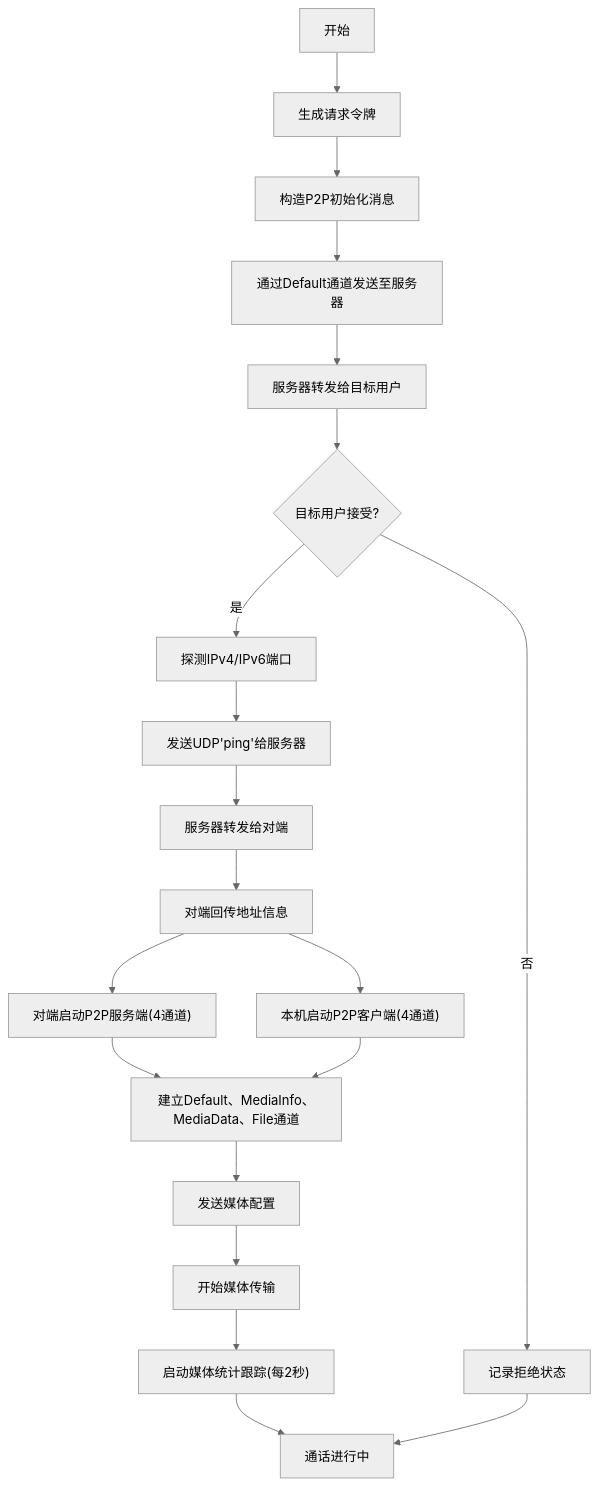
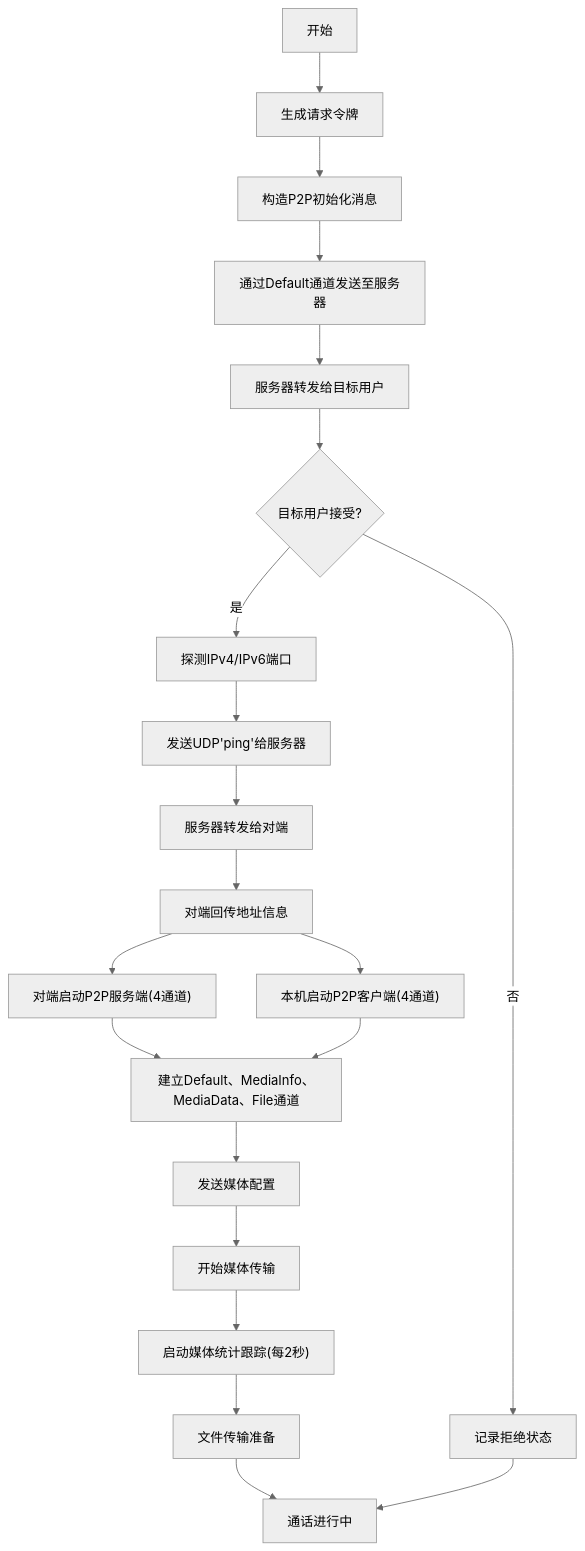
Before and after one commit to nicolastinger/only-talk-app: diagram 14 of 17 in .qoder/repowiki/zh/content/后端服务/P2P服务.md, drawn with Mermaid (neutral theme). The commit also changed other lines of this file and 9 other files, not shown here.

````diff
--- a/.qoder/repowiki/zh/content/后端服务/P2P服务.md
+++ b/.qoder/repowiki/zh/content/后端服务/P2P服务.md
@@ -575,22 +792,23 @@
 ```mermaid
 flowchart TD
 S["开始"] --> GenToken["生成请求令牌"]
 GenToken --> BuildMsg["构造P2P初始化消息"]
 BuildMsg --> SendToSrv["通过Default通道发送至服务器"]
 SendToSrv --> RecvFromSrv["服务器转发给目标用户"]
 RecvFromSrv --> Accept{"目标用户接受?"}
 Accept -- 否 --> Reject["记录拒绝状态"]
 Accept -- 是 --> Detect["探测IPv4/IPv6端口"]
 Detect --> UDPPing["发送UDP'ping'给服务器"]
 UDPPing --> SrvFwd["服务器转发给对端"]
 SrvFwd --> AddrBack["对端回传地址信息"]
 AddrBack --> RunSrv["对端启动P2P服务端(4通道)"]
 AddrBack --> RunCli["本机启动P2P客户端(4通道)"]
 RunSrv --> Establish["建立Default、MediaInfo、MediaData、File通道"]
 RunCli --> Establish
 Establish --> SendCfg["发送媒体配置"]
 SendCfg --> StartMedia["开始媒体传输"]
 StartMedia --> StartStats["启动媒体统计跟踪(每2秒)"]
-StartStats --> End["通话进行中"]
+StartStats --> FileTrans["文件传输准备"]
+FileTrans --> End["通话进行中"]
 Reject --> End
 ```
````
